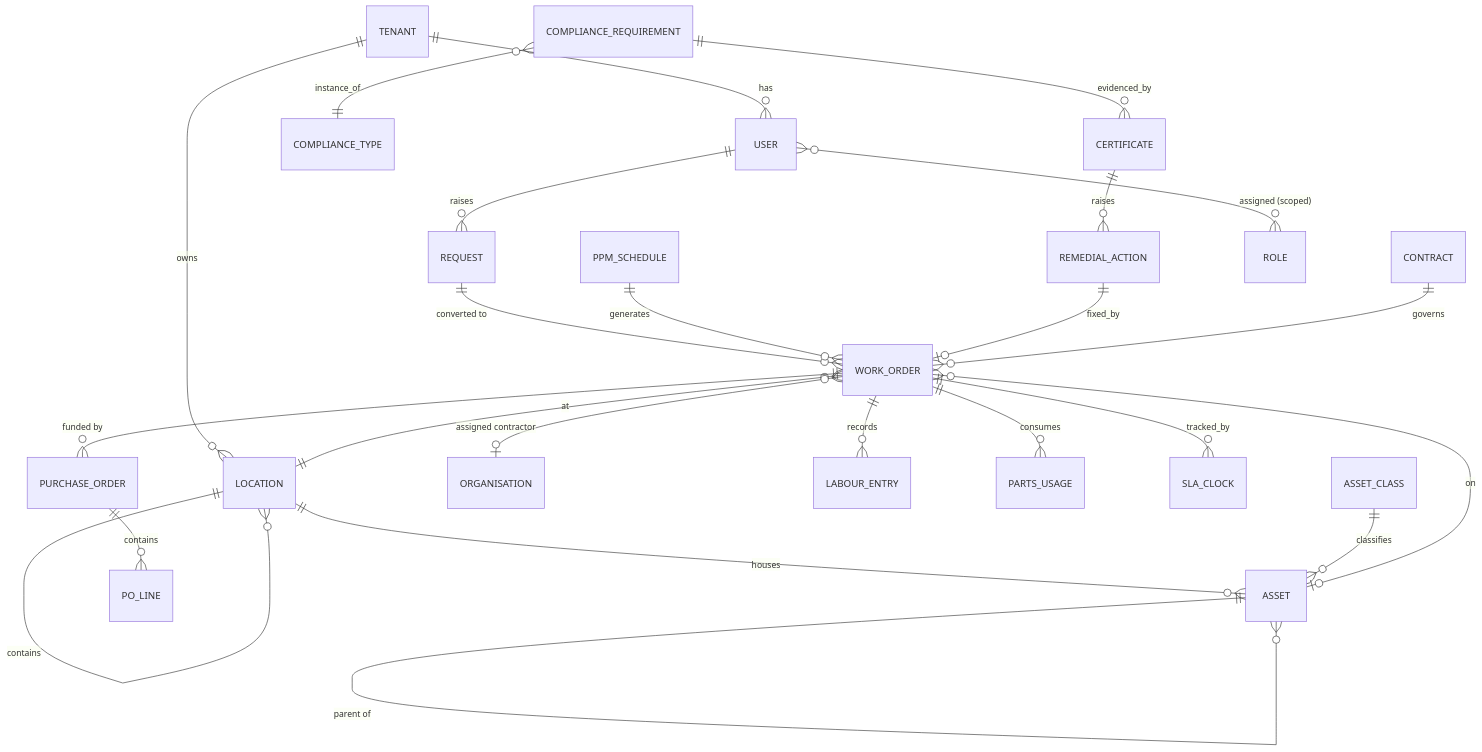
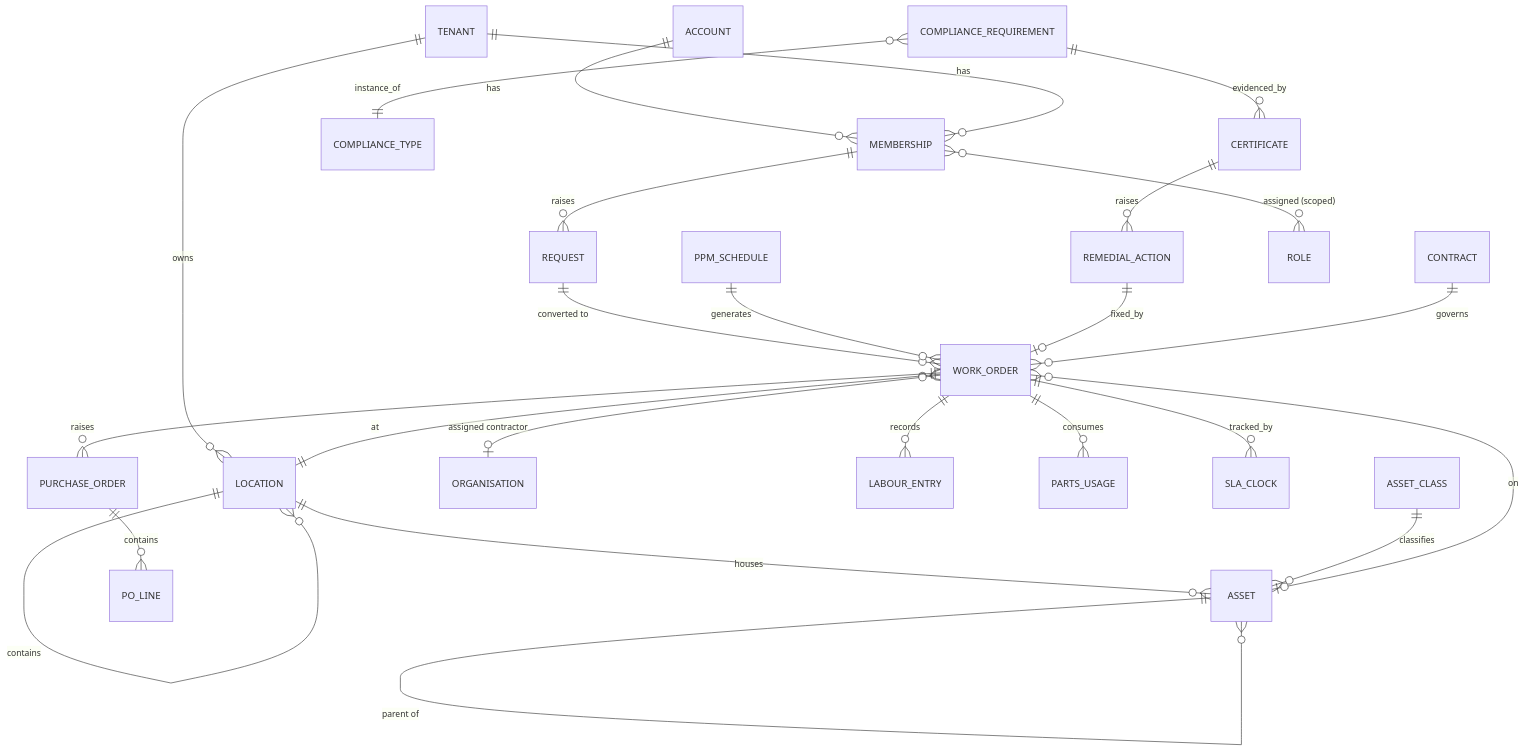
One commit to rhysllwydlewis/CAFM changed the diagram in docs/plan/05-data-model.md. Above: the diagram before and after it, drawn with Mermaid. The commit also changed other lines of this file and 10 other files, not shown here.

````diff
--- a/docs/plan/05-data-model.md
+++ b/docs/plan/05-data-model.md
@@ -91,26 +102,27 @@
 ```mermaid
 erDiagram
-  TENANT ||--o{ USER : has
+  ACCOUNT ||--o{ MEMBERSHIP : has
+  TENANT ||--o{ MEMBERSHIP : has
   TENANT ||--o{ LOCATION : owns
   LOCATION ||--o{ LOCATION : contains
   LOCATION ||--o{ ASSET : houses
   ASSET ||--o{ ASSET : "parent of"
   ASSET_CLASS ||--o{ ASSET : classifies
-  USER ||--o{ REQUEST : raises
+  MEMBERSHIP ||--o{ REQUEST : raises
   REQUEST ||--o{ WORK_ORDER : "converted to"
   PPM_SCHEDULE ||--o{ WORK_ORDER : generates
   WORK_ORDER }o--|| LOCATION : at
   WORK_ORDER }o--o| ASSET : on
   WORK_ORDER }o--o| ORGANISATION : "assigned contractor"
   WORK_ORDER ||--o{ LABOUR_ENTRY : records
   WORK_ORDER ||--o{ PARTS_USAGE : consumes
   WORK_ORDER ||--o{ SLA_CLOCK : tracked_by
   COMPLIANCE_REQUIREMENT }o--|| COMPLIANCE_TYPE : instance_of
   COMPLIANCE_REQUIREMENT ||--o{ CERTIFICATE : evidenced_by
   CERTIFICATE ||--o{ REMEDIAL_ACTION : raises
   REMEDIAL_ACTION ||--o| WORK_ORDER : fixed_by
   CONTRACT ||--o{ WORK_ORDER : governs
   PURCHASE_ORDER ||--o{ PO_LINE : contains
-  WORK_ORDER ||--o{ PURCHASE_ORDER : "funded by"
-  USER }o--o{ ROLE : "assigned (scoped)"
+  WORK_ORDER ||--o{ PURCHASE_ORDER : raises
+  MEMBERSHIP }o--o{ ROLE : "assigned (scoped)"
 ```
````
